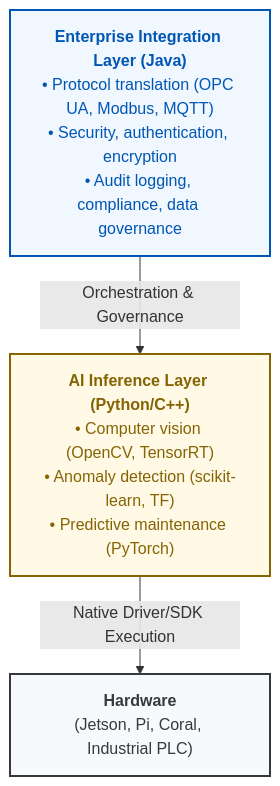
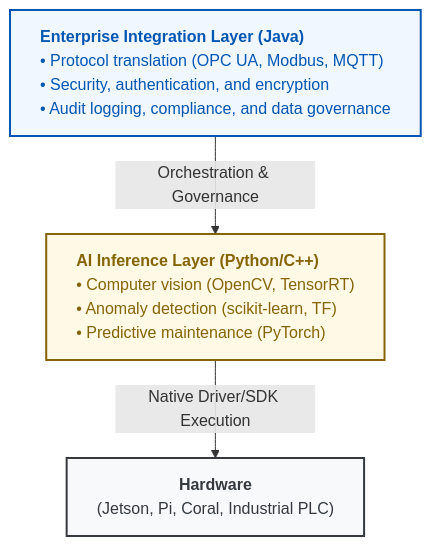
One commit to rsrini7/Learnings changed the fourth of 5 diagrams in AI-ML/Java-Python-Enterprise-AI.md. Above: the diagram before and after it, drawn with Mermaid. The commit also changed other lines of this file, not shown here.

First line of the commit message:
docs(AI-ML): improve readability of mermaid diagrams with text alignment

````diff
--- a/AI-ML/Java-Python-Enterprise-AI.md
+++ b/AI-ML/Java-Python-Enterprise-AI.md
@@ -792,20 +792,20 @@
 ```mermaid
 graph TD
-    %% Define Node Styles
-    classDef javaLayer fill:#f0f7ff,stroke:#0056b3,stroke-width:2px,color:#0056b3;
-    classDef pythonLayer fill:#fff9e6,stroke:#856404,stroke-width:2px,color:#856404;
-    classDef hardwareLayer fill:#f8f9fa,stroke:#343a40,stroke-width:2px,color:#343a40;
+    %% Define Node Styles with text-alignment
+    classDef javaLayer fill:#f0f7ff,stroke:#0056b3,stroke-width:2px,color:#0056b3,text-align:left;
+    classDef pythonLayer fill:#fff9e6,stroke:#856404,stroke-width:2px,color:#856404,text-align:left;
+    classDef hardwareLayer fill:#f8f9fa,stroke:#343a40,stroke-width:2px,color:#343a40,text-align:center;
 
-    %% Layer 1: Java
-    Java["<b>Enterprise Integration Layer (Java)</b><br/>• Protocol translation (OPC UA, Modbus, MQTT)<br/>• Security, authentication, encryption<br/>• Audit logging, compliance, data governance"]:::javaLayer
+    %% Layer 1: Java (Orchestration)
+    Java["<b>Enterprise Integration Layer (Java)</b><br/><div style='white-space:nowrap'>• Protocol translation (OPC UA, Modbus, MQTT)</div><div style='white-space:nowrap'>• Security, authentication, and encryption</div><div style='white-space:nowrap'>• Audit logging, compliance, and data governance</div>"]:::javaLayer
 
-    %% Layer 2: Python/C++
-    Python["<b>AI Inference Layer (Python/C++)</b><br/>• Computer vision (OpenCV, TensorRT)<br/>• Anomaly detection (scikit-learn, TF)<br/>• Predictive maintenance (PyTorch)"]:::pythonLayer
+    %% Layer 2: Python/C++ (Inference)
+    Python["<b>AI Inference Layer (Python/C++)</b><br/><div style='white-space:nowrap'>• Computer vision (OpenCV, TensorRT)</div><div style='white-space:nowrap'>• Anomaly detection (scikit-learn, TF)</div><div style='white-space:nowrap'>• Predictive maintenance (PyTorch)</div>"]:::pythonLayer
 
     %% Layer 3: Hardware
-    Hardware["<b>Hardware</b><br/>(Jetson, Pi, Coral, Industrial PLC)"]:::hardwareLayer
+    Hardware["<b>Hardware</b><br/><div style='white-space:nowrap'>(Jetson, Pi, Coral, Industrial PLC)</div>"]:::hardwareLayer
 
     %% Connections
     Java -->|Orchestration & Governance| Python
     Python -->|Native Driver/SDK Execution| Hardware
 ```
````
